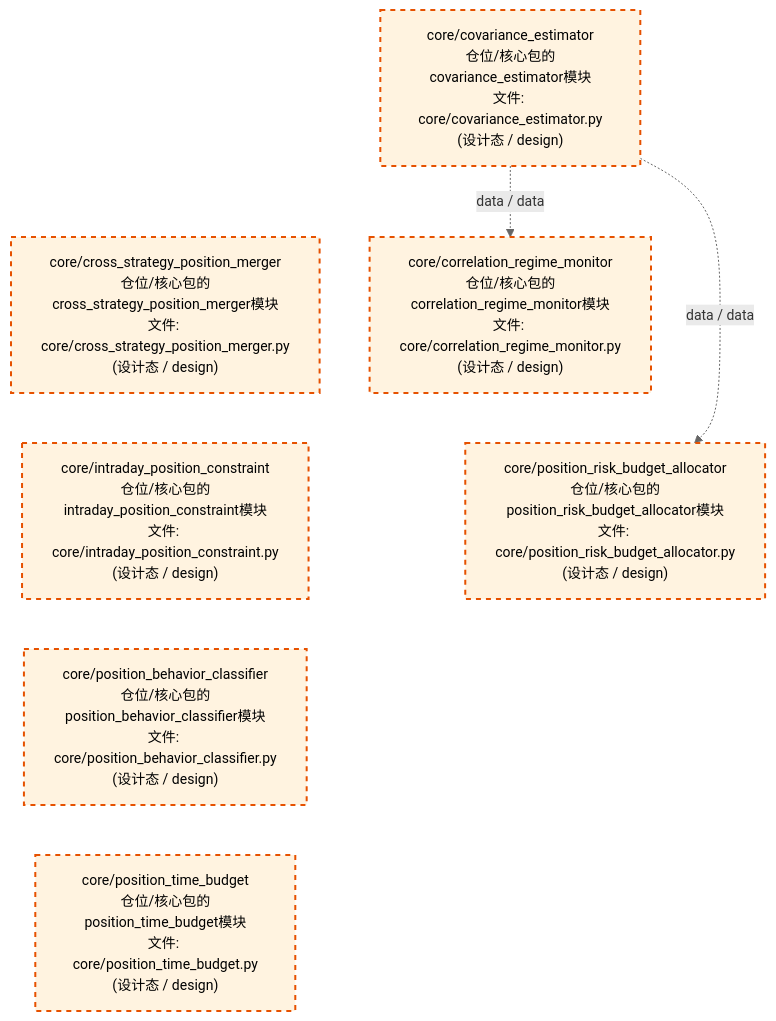
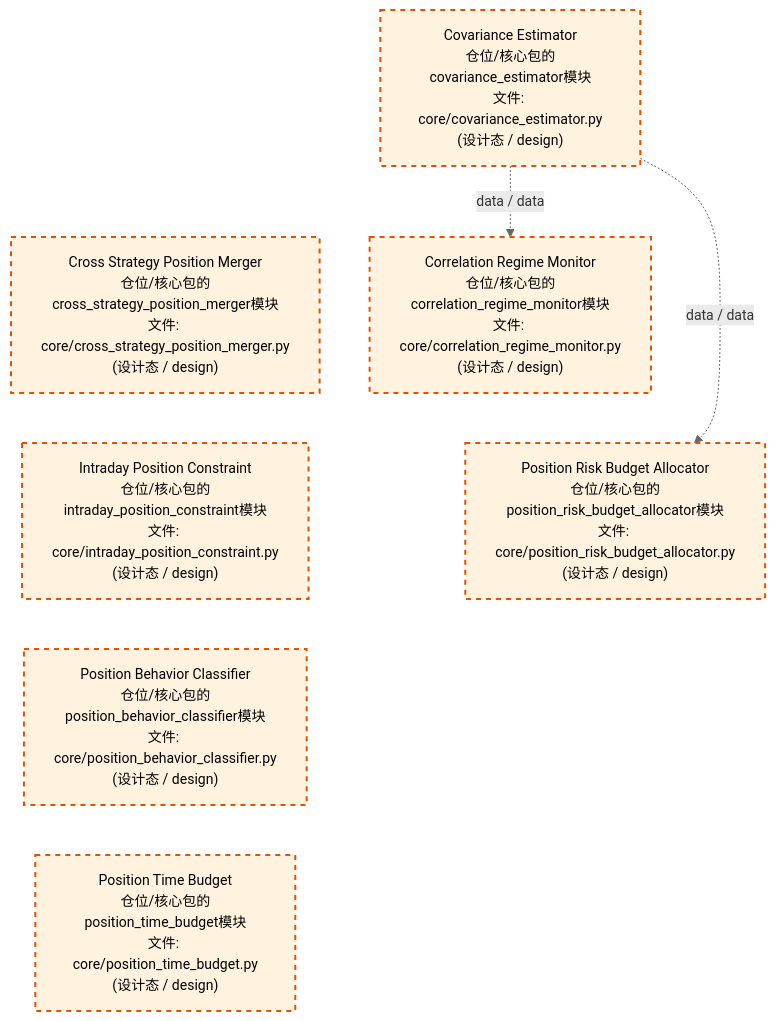
One commit to xuanFelixVan/ZephyrAlpha changed the third of 4 diagrams in docs/02_enterprise_architecture/02_domain_architecture_docs/64_d_position.md. Above: the diagram before and after it, drawn with Mermaid. The commit also changed other lines of this file and 58 other files, not shown here.

````diff
--- a/docs/02_enterprise_architecture/02_domain_architecture_docs/64_d_position.md
+++ b/docs/02_enterprise_architecture/02_domain_architecture_docs/64_d_position.md
@@ -214,23 +214,23 @@
 ```mermaid
 %%{init: {'theme': 'base', 'themeVariables': {'primaryColor': '#eaeaea', 'primaryTextColor': '#333333', 'primaryBorderColor': '#666666', 'lineColor': '#666666', 'secondaryColor': '#eaeaea', 'tertiaryColor': '#eaeaea', 'fontSize': '14px'}}}%%
 flowchart TD
-    src_zephyr_position_core_covariance_estimator_py["core/covariance_estimator<br/>仓位/核心包的covariance_estimator模块<br/>文件: core/covariance_estimator.py<br/>(设计态 / design)"]
-    src_zephyr_position_core_cross_strategy_position_merger_py["core/cross_strategy_position_merger<br/>仓位/核心包的cross_strategy_position_merger模块<br/>文件: core/cross_strategy_position_merger.py<br/>(设计态 / design)"]
-    src_zephyr_position_core_intraday_position_constraint_py["core/intraday_position_constraint<br/>仓位/核心包的intraday_position_constraint模块<br/>文件: core/intraday_position_constraint.py<br/>(设计态 / design)"]
-    src_zephyr_position_core_position_behavior_classifier_py["core/position_behavior_classifier<br/>仓位/核心包的position_behavior_classifier模块<br/>文件: core/position_behavior_classifier.py<br/>(设计态 / design)"]
-    src_zephyr_position_core_position_time_budget_py["core/position_time_budget<br/>仓位/核心包的position_time_budget模块<br/>文件: core/position_time_budget.py<br/>(设计态 / design)"]
+    src_zephyr_position_core_covariance_estimator_py["Covariance Estimator<br/>仓位/核心包的covariance_estimator模块<br/>文件: core/covariance_estimator.py<br/>(设计态 / design)"]
+    src_zephyr_position_core_cross_strategy_position_merger_py["Cross Strategy Position Merger<br/>仓位/核心包的cross_strategy_position_merger模块<br/>文件: core/cross_strategy_position_merger.py<br/>(设计态 / design)"]
+    src_zephyr_position_core_intraday_position_constraint_py["Intraday Position Constraint<br/>仓位/核心包的intraday_position_constraint模块<br/>文件: core/intraday_position_constraint.py<br/>(设计态 / design)"]
+    src_zephyr_position_core_position_behavior_classifier_py["Position Behavior Classifier<br/>仓位/核心包的position_behavior_classifier模块<br/>文件: core/position_behavior_classifier.py<br/>(设计态 / design)"]
+    src_zephyr_position_core_position_time_budget_py["Position Time Budget<br/>仓位/核心包的position_time_budget模块<br/>文件: core/position_time_budget.py<br/>(设计态 / design)"]
     src_zephyr_position_core_covariance_estimator_py ~~~ src_zephyr_position_core_cross_strategy_position_merger_py
     src_zephyr_position_core_cross_strategy_position_merger_py ~~~ src_zephyr_position_core_intraday_position_constraint_py
     src_zephyr_position_core_intraday_position_constraint_py ~~~ src_zephyr_position_core_position_behavior_classifier_py
     src_zephyr_position_core_position_behavior_classifier_py ~~~ src_zephyr_position_core_position_time_budget_py
-    src_zephyr_position_core_correlation_regime_monitor_py["core/correlation_regime_monitor<br/>仓位/核心包的correlation_regime_monitor模块<br/>文件: core/correlation_regime_monitor.py<br/>(设计态 / design)"]
-    src_zephyr_position_core_position_risk_budget_allocator_py["core/position_risk_budget_allocator<br/>仓位/核心包的position_risk_budget_allocator模块<br/>文件: core/position_risk_budget_allocator.py<br/>(设计态 / design)"]
+    src_zephyr_position_core_correlation_regime_monitor_py["Correlation Regime Monitor<br/>仓位/核心包的correlation_regime_monitor模块<br/>文件: core/correlation_regime_monitor.py<br/>(设计态 / design)"]
+    src_zephyr_position_core_position_risk_budget_allocator_py["Position Risk Budget Allocator<br/>仓位/核心包的position_risk_budget_allocator模块<br/>文件: core/position_risk_budget_allocator.py<br/>(设计态 / design)"]
     src_zephyr_position_core_correlation_regime_monitor_py ~~~ src_zephyr_position_core_position_risk_budget_allocator_py
     src_zephyr_position_core_covariance_estimator_py -.->|data / data| src_zephyr_position_core_correlation_regime_monitor_py
     src_zephyr_position_core_covariance_estimator_py -.->|data / data| src_zephyr_position_core_position_risk_budget_allocator_py
     classDef production fill:#e1f5fe,stroke:#01579b,stroke-width:2px,color:#000
     classDef design fill:#fff3e0,stroke:#e65100,stroke-width:2px,color:#000,stroke-dasharray: 5 5
     classDef external_prod fill:#e8f4fd,stroke:#0277bd,stroke-width:1px,color:#000
     classDef external_design fill:#fff8e7,stroke:#ef6c00,stroke-width:1px,color:#000,stroke-dasharray: 5 5
     class src_zephyr_position_core_correlation_regime_monitor_py,src_zephyr_position_core_covariance_estimator_py,src_zephyr_position_core_cross_strategy_position_merger_py,src_zephyr_position_core_intraday_position_constraint_py,src_zephyr_position_core_position_behavior_classifier_py,src_zephyr_position_core_position_risk_budget_allocator_py,src_zephyr_position_core_position_time_budget_py design
 ```
````
